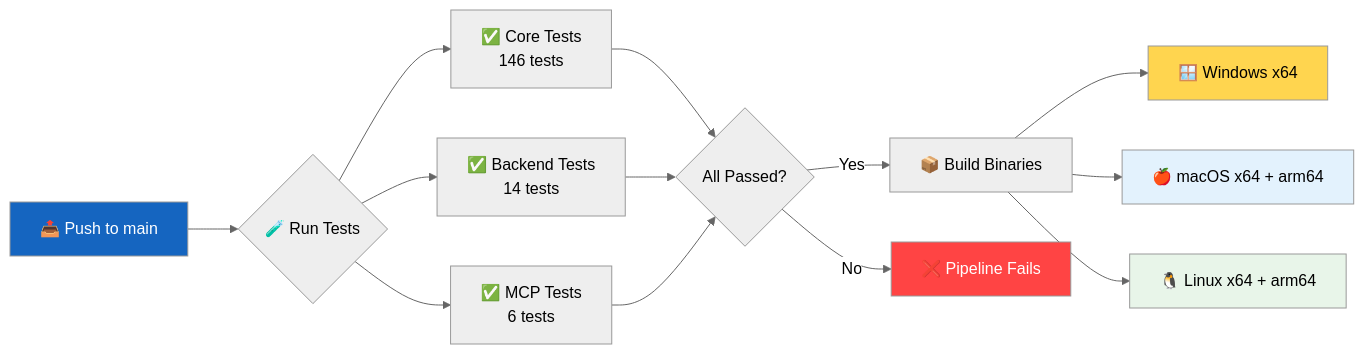
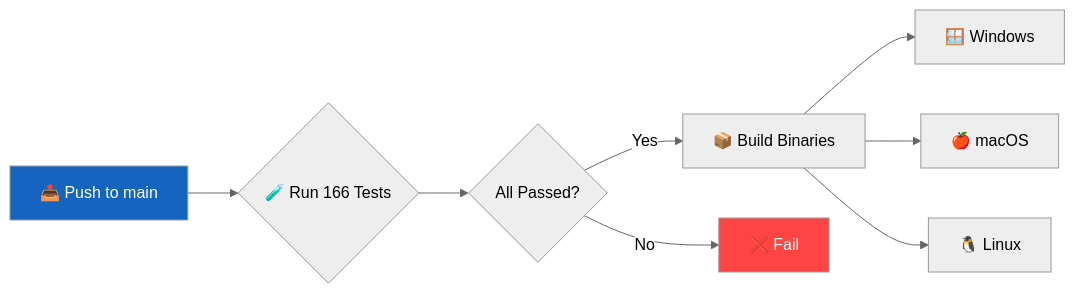
The eighth of 9 diagrams in README.md (ahmdelbaz28-ux/rewrite), drawn with Mermaid (neutral theme) before and after one commit. The commit also changed other lines of this file, not shown here.

````diff
--- a/README.md
+++ b/README.md
@@ -1109,23 +1425,12 @@
 ```mermaid
 flowchart LR
-    PUSH[📤 Push to main] --> TESTS{🧪 Run Tests}
-    
-    TESTS --> CORE[✅ Core Tests<br/>146 tests]
-    TESTS --> BACKEND[✅ Backend Tests<br/>14 tests]
-    TESTS --> MCP[✅ MCP Tests<br/>6 tests]
-    
-    CORE & BACKEND & MCP --> PASSED{All Passed?}
-    
+    PUSH[📤 Push to main] --> TESTS{🧪 Run 166 Tests}
+    TESTS --> PASSED{All Passed?}
     PASSED -->|Yes| BUILD[📦 Build Binaries]
-    PASSED -->|No| FAIL[❌ Pipeline Fails]
-    
-    BUILD --> WIN[🪟 Windows x64]
-    BUILD --> MAC[🍎 macOS x64 + arm64]
-    BUILD --> LIN[🐧 Linux x64 + arm64]
-    
+    PASSED -->|No| FAIL[❌ Fail]
+    BUILD --> WIN[🪟 Windows]
+    BUILD --> MAC[🍎 macOS]
+    BUILD --> LIN[🐧 Linux]
     style PUSH fill:#1565c0,color:#fff
     style FAIL fill:#ff4444,color:#fff
-    style WIN fill:#ffd54f,color:#000
-    style MAC fill:#e3f2fd,color:#000
-    style LIN fill:#e8f5e9,color:#000
 ```
````
